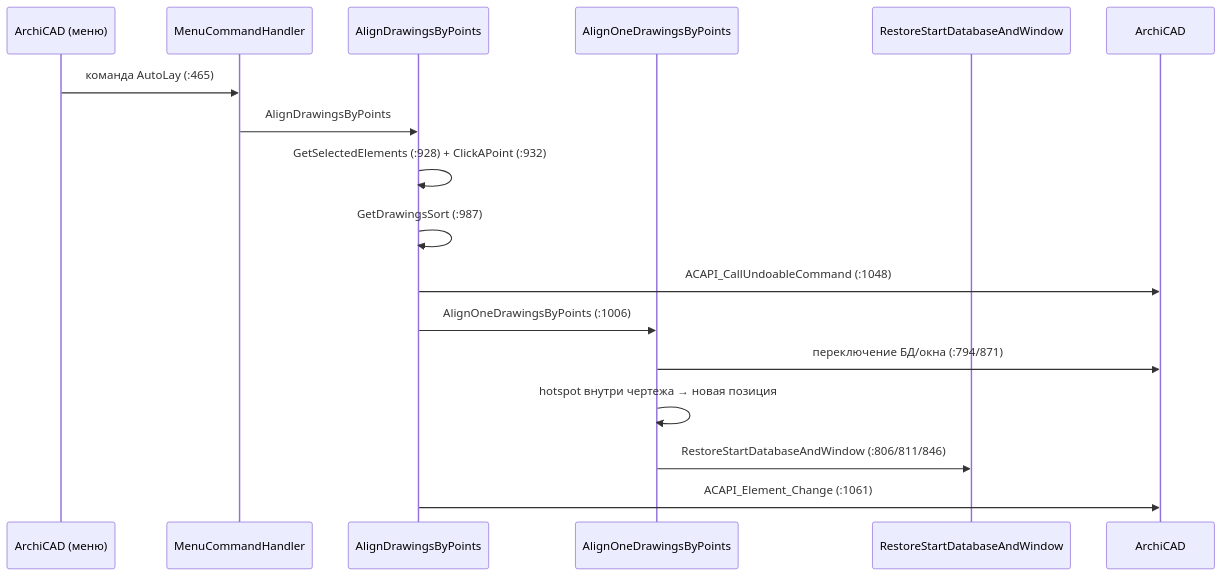
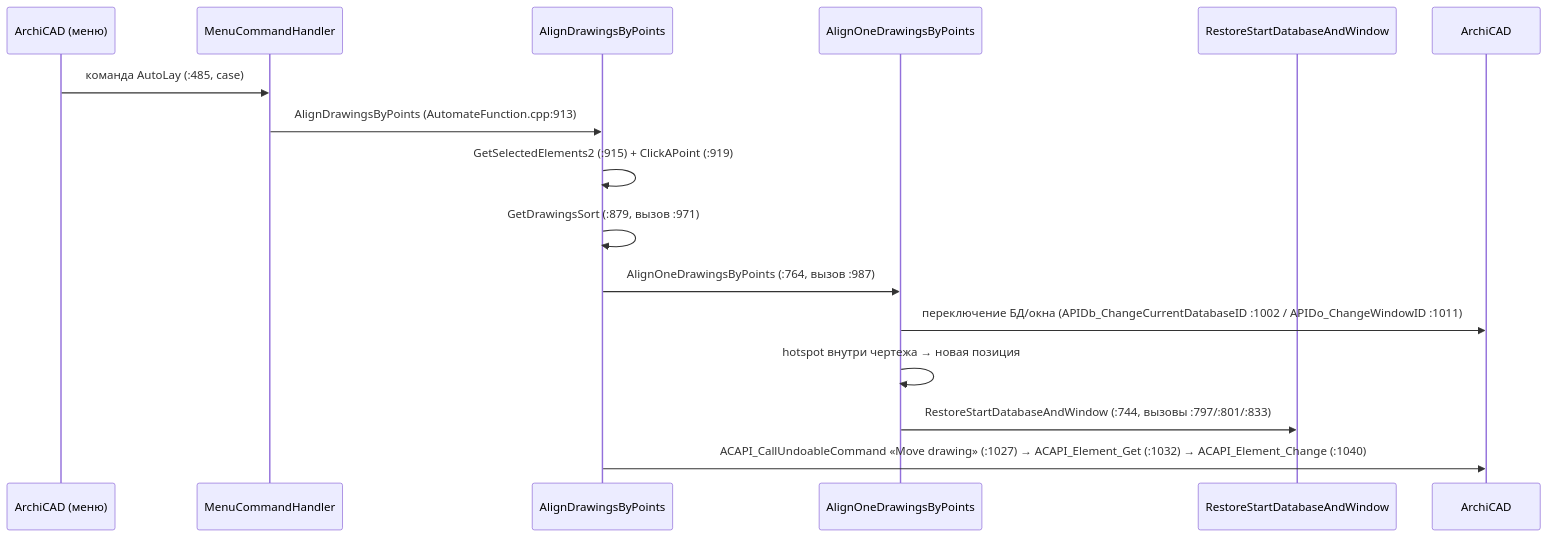
The ninth of 11 diagrams in Docs/SEQUENCES.md (kuvbur/AddOn_SomeStuff), drawn with Mermaid before and after one commit. The commit also changed other lines of this file and 122 other files, not shown here.

````diff
--- a/Docs/SEQUENCES.md
+++ b/Docs/SEQUENCES.md
@@ -198,20 +202,19 @@
 ```mermaid
 sequenceDiagram
     participant UI as ArchiCAD (меню)
     participant Main as MenuCommandHandler
     participant ADB as AlignDrawingsByPoints
     participant A1 as AlignOneDrawingsByPoints
     participant RS as RestoreStartDatabaseAndWindow
     participant AC as ArchiCAD
 
-    UI->>Main: команда AutoLay (:465)
-    Main->>ADB: AlignDrawingsByPoints
-    ADB->>ADB: GetSelectedElements (:928) + ClickAPoint (:932)
-    ADB->>ADB: GetDrawingsSort (:987)
-    ADB->>AC: ACAPI_CallUndoableCommand (:1048)
-    ADB->>A1: AlignOneDrawingsByPoints (:1006)
-    A1->>AC: переключение БД/окна (:794/871)
+    UI->>Main: команда AutoLay (:485, case)
+    Main->>ADB: AlignDrawingsByPoints (AutomateFunction.cpp:913)
+    ADB->>ADB: GetSelectedElements2 (:915) + ClickAPoint (:919)
+    ADB->>ADB: GetDrawingsSort (:879, вызов :971)
+    ADB->>A1: AlignOneDrawingsByPoints (:764, вызов :987)
+    A1->>AC: переключение БД/окна (APIDb_ChangeCurrentDatabaseID :1002 / APIDo_ChangeWindowID :1011)
     A1->>A1: hotspot внутри чертежа → новая позиция
-    A1->>RS: RestoreStartDatabaseAndWindow (:806/811/846)
-    ADB->>AC: ACAPI_Element_Change (:1061)
+    A1->>RS: RestoreStartDatabaseAndWindow (:744, вызовы :797/:801/:833)
+    ADB->>AC: ACAPI_CallUndoableCommand «Move drawing» (:1027) → ACAPI_Element_Get (:1032) → ACAPI_Element_Change (:1040)
 ```
````
